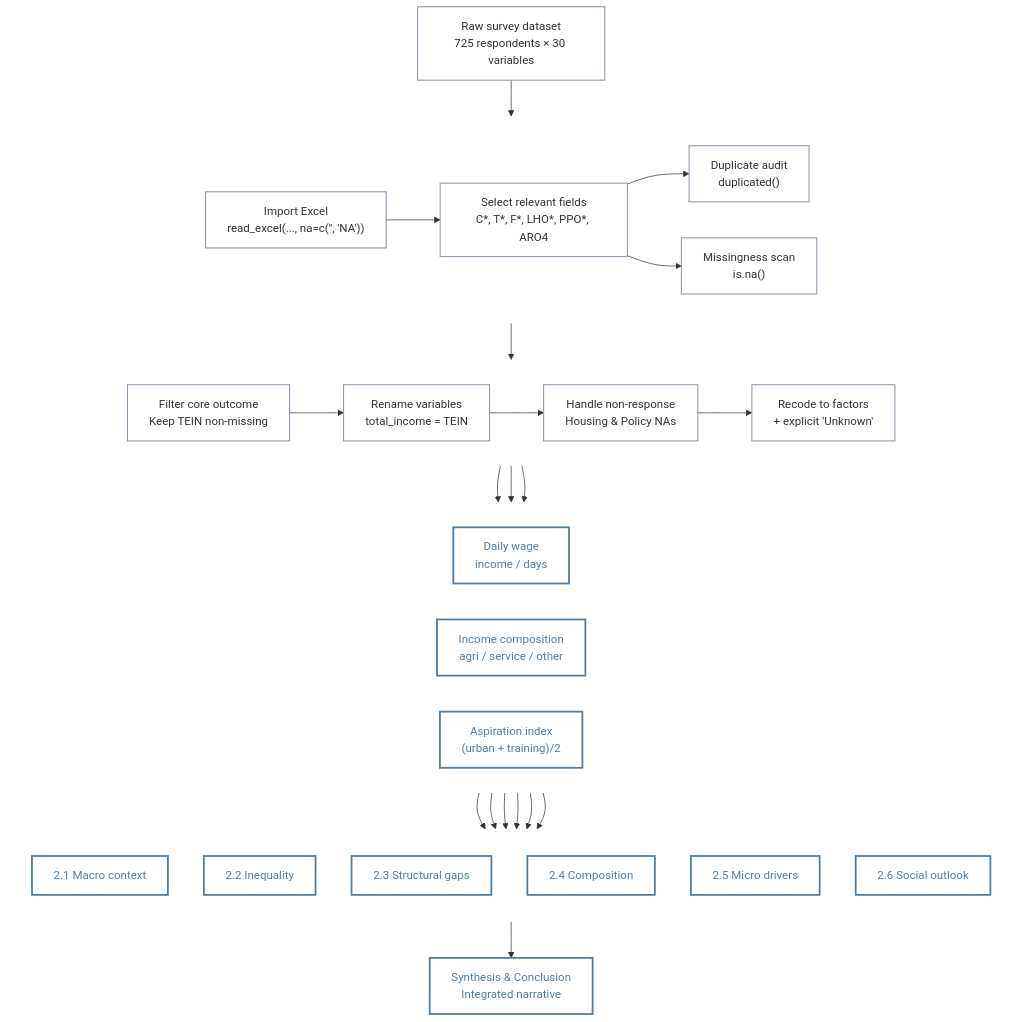
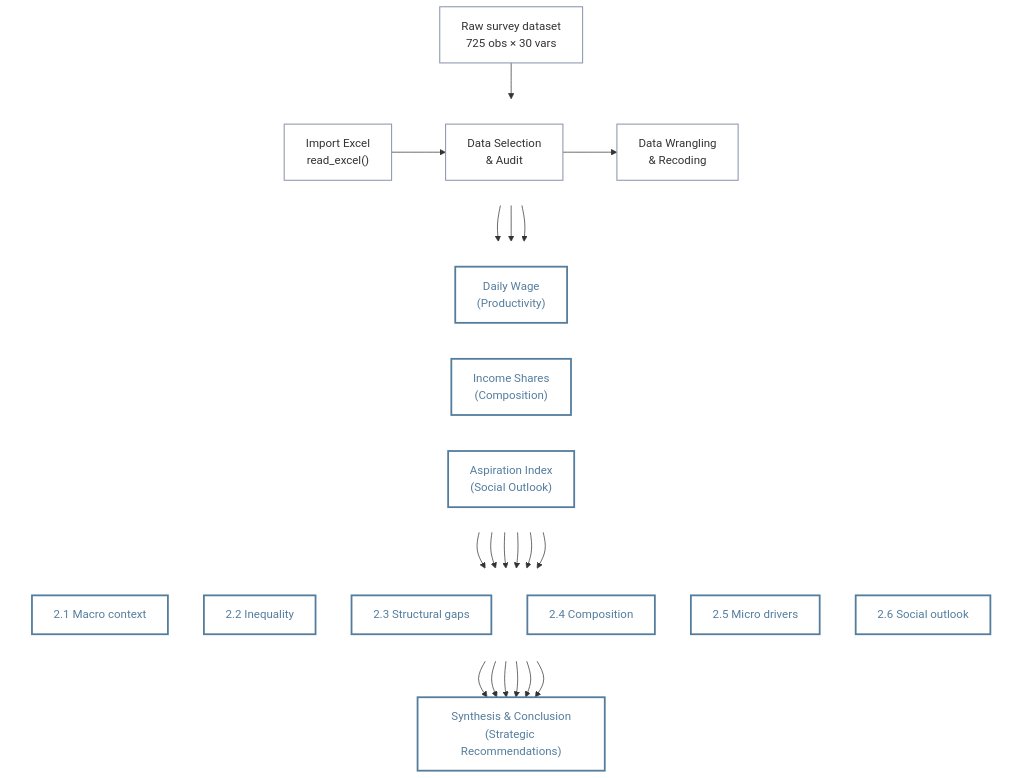
The diagram in Take-Home_Exercise/Take-Home_Exercise01/TE01.qmd (anneyang29/ISSS_608), drawn with Mermaid before and after one commit. The commit also changed other lines of this file and 4 other files, not shown here.

````diff
--- a/Take-Home_Exercise/Take-Home_Exercise01/TE01.qmd
+++ b/Take-Home_Exercise/Take-Home_Exercise01/TE01.qmd
@@ -59,66 +57,56 @@
 ```{mermaid}
 %%| echo: true
 %%| code-fold: true
 %%| code-summary: "Code"
 flowchart TB
 
 %% ==========================================
-%% 1. Professional Minimalist Style Definitions
+%% 1. Professional Style Definitions
 %% ==========================================
 classDef data fill:none,stroke:#8e9aaf,stroke-width:1.5px,color:#333333;
 classDef proc fill:none,stroke:#8e9aaf,stroke-width:1.5px,color:#333333;
 classDef feat fill:none,stroke:#547d9d,stroke-width:2.5px,color:#547d9d;
 classDef out  fill:none,stroke:#547d9d,stroke-width:2.5px,color:#547d9d;
 
 %% ==========================================
 %% 2. Data Pipeline Logic
 %% ==========================================
-A["Raw survey dataset<br/>725 respondents × 30 variables"]:::data
-  --> B["Import Excel<br/>read_excel(..., na=c('', 'NA'))"]:::data
+A["Raw survey dataset<br/>725 obs × 30 vars"]:::data
+  --> B["Import Excel<br/>read_excel()"]:::data
 
-%% --- Subgraph 1: Scope (Invisible Frame) ---
+%% --- Subgraph 1: Processing (Invisible) ---
 subgraph S1 [" "]
   direction LR
-  B --> C["Select relevant fields<br/>C*, T*, F*, LHO*, PPO*, ARO4"]:::proc
-  C --> D["Duplicate audit<br/>duplicated()"]:::proc
-  C --> E["Missingness scan<br/>is.na()"]:::proc
+  B --> C["Data Selection<br/>& Audit"]:::proc
+  C --> D["Data Wrangling<br/>& Recoding"]:::proc
 end
 
-%% --- Subgraph 2: Cleaning (Invisible Frame) ---
+%% --- Subgraph 2: Features (Invisible) ---
 subgraph S2 [" "]
   direction LR
-  C --> F["Filter core outcome<br/>Keep TEIN non-missing"]:::proc
-  F --> G["Rename variables<br/>total_income = TEIN"]:::proc
-  G --> H["Handle non-response<br/>Housing & Policy NAs"]:::proc
-  H --> I["Recode to factors<br/>+ explicit 'Unknown'"]:::proc
+  D --> J["Daily Wage<br/>(Productivity)"]:::feat
+  D --> K["Income Shares<br/>(Composition)"]:::feat
+  D --> L["Aspiration Index<br/>(Social Outlook)"]:::feat
 end
 
-%% --- Subgraph 3: Features (Invisible Frame) ---
+%% --- Subgraph 3: Analysis (Invisible) ---
 subgraph S3 [" "]
-  direction LR
-  I --> J["Daily wage<br/>income / days"]:::feat
-  I --> K["Income composition<br/>agri / service / other"]:::feat
-  I --> L["Aspiration index<br/>(urban + training)/2"]:::feat
-end
-
-%% --- Subgraph 4: Analytics (Invisible Frame) ---
-subgraph S4 [" "]
   direction TB
   J --> M["2.1 Macro context"]:::out
   K --> N["2.2 Inequality"]:::out
   J --> O["2.3 Structural gaps"]:::out
   K --> P["2.4 Composition"]:::out
   J --> Q["2.5 Micro drivers"]:::out
   L --> R["2.6 Social outlook"]:::out
 end
 
-R --> Z["Synthesis & Conclusion<br/>Integrated narrative"]:::out
+%% --- 匯聚點修正：所有分析指標同時指向總結 ---
+M & N & O & P & Q & R --> Z["Synthesis & Conclusion<br/>(Strategic Recommendations)"]:::out
 
 %% ==========================================
 %% 3. Hide Subgraph Borders & Backgrounds
 %% ==========================================
 style S1 fill:none,stroke:none
 style S2 fill:none,stroke:none
 style S3 fill:none,stroke:none
-style S4 fill:none,stroke:none
 ```
````
